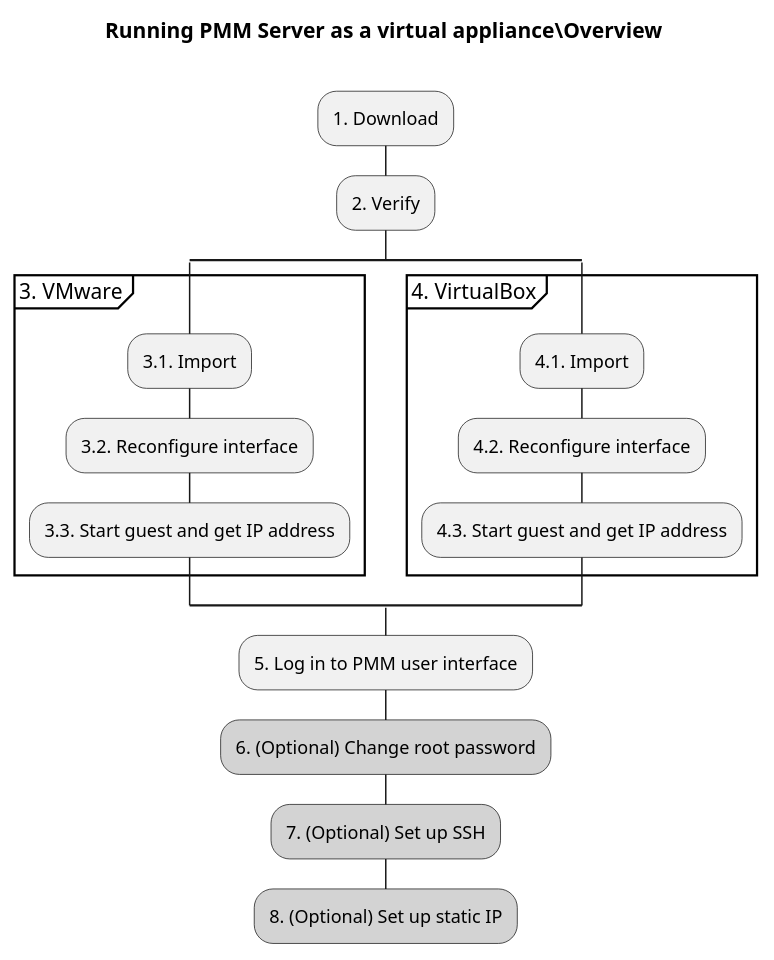
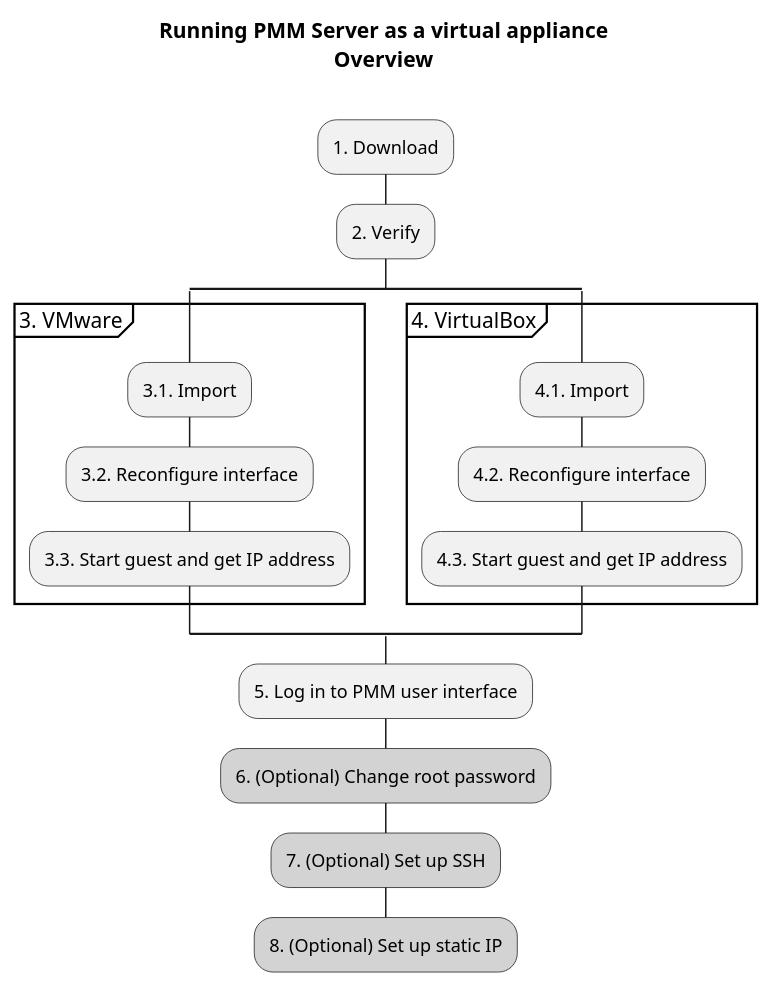
Before and after one commit to percona/pmm: the diagram in _resources/diagrams/Setting-Up_Server_Virtual-Appliance.puml, drawn with PlantUML.

Commit message:
Title correction

```diff
--- a/_resources/diagrams/Setting-Up_Server_Virtual-Appliance.puml
+++ b/_resources/diagrams/Setting-Up_Server_Virtual-Appliance.puml
@@ -6,23 +6,23 @@
 @startuml "setting-up_server_virtual-appliance"
 skinparam ArrowHeadColor none
-title Running PMM Server as a virtual appliance\Overview\n
+title Running PMM Server as a virtual appliance\nOverview\n
 :1. Download;
 :2. Verify;
 split
 partition "3. VMware" {
 	:3.1. Import;
 	:3.2. Reconfigure interface;
 	:3.3. Start guest and get IP address;
 }
 split again
 partition "4. VirtualBox" {
 	:4.1. Import;
 	:4.2. Reconfigure interface;
 	:4.3. Start guest and get IP address;
 }
 end split
 :5. Log in to PMM user interface;
 #lightgrey:6. (Optional) Change root password;
 #lightgrey:7. (Optional) Set up SSH;
 #lightgrey:8. (Optional) Set up static IP;
 @enduml
```
